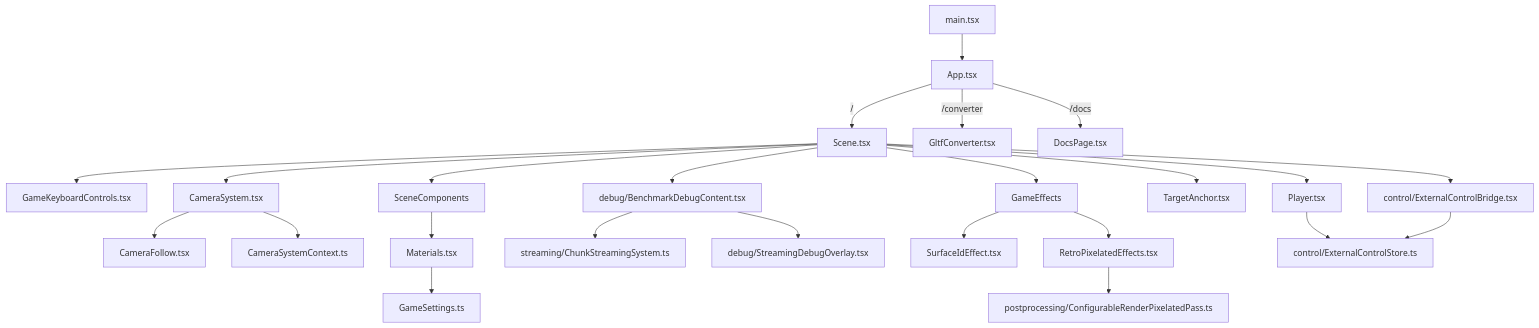
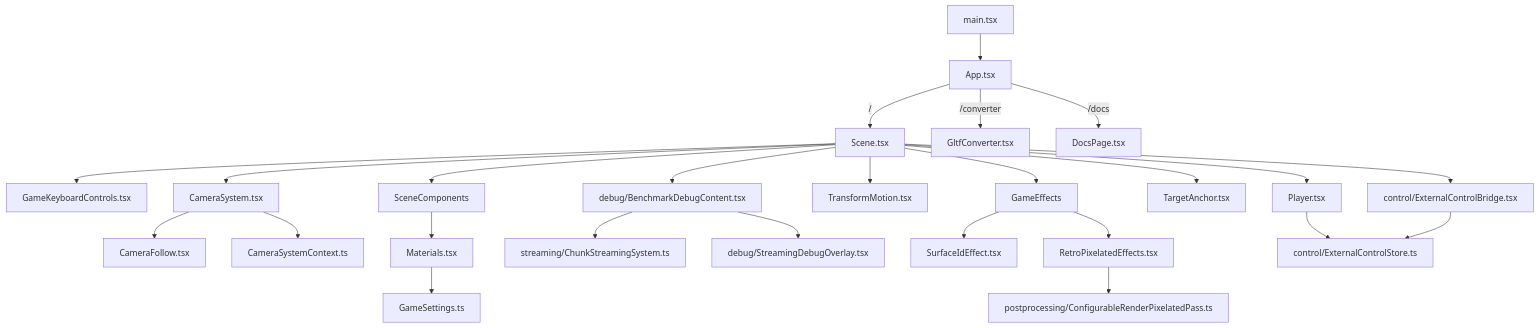
Before and after one commit to petersimmalugnt/IKEA-GAME-Prototype: the diagram in DOCS.md, drawn with Mermaid. The commit also changed other lines of this file and 8 other files, not shown here.

````diff
--- a/DOCS.md
+++ b/DOCS.md
@@ -11,26 +11,27 @@
 ```mermaid
 graph TD
     A[main.tsx] --> B[App.tsx]
     B -->|"/"| C[Scene.tsx]
     B -->|"/converter"| D[GltfConverter.tsx]
     B -->|"/docs"| L[DocsPage.tsx]
     C --> M[GameKeyboardControls.tsx]
     C --> E[Player.tsx]
     C --> ECB[control/ExternalControlBridge.tsx]
     C --> F[SceneComponents]
+    C --> TM[TransformMotion.tsx]
     C --> CS[CameraSystem.tsx]
     C --> TA[TargetAnchor.tsx]
     CS --> G[CameraFollow.tsx]
     CS --> CTX[CameraSystemContext.ts]
     C --> H[GameEffects]
     H --> R[RetroPixelatedEffects.tsx]
     R --> PP[postprocessing/ConfigurableRenderPixelatedPass.ts]
     C --> N[debug/BenchmarkDebugContent.tsx]
     N --> O[streaming/ChunkStreamingSystem.ts]
     N --> P[debug/StreamingDebugOverlay.tsx]
     H --> I[SurfaceIdEffect.tsx]
     F --> J[Materials.tsx]
     J --> K[GameSettings.ts]
     E --> ECS[control/ExternalControlStore.ts]
     ECB --> ECS
 ```
````
